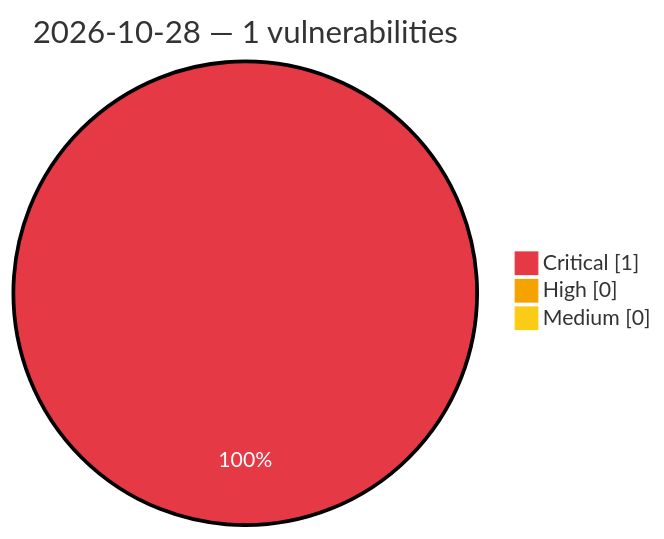
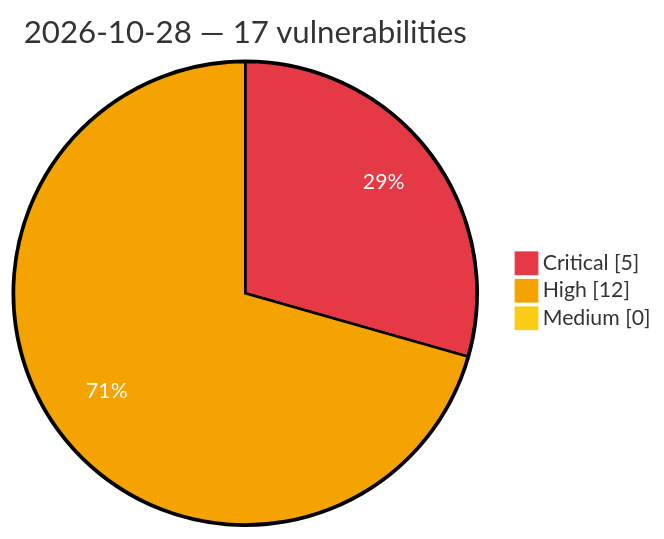
The diagram in vulnerabilities/2026/October/2026-10-28.md (GhostX0X/vuln-tracker), drawn with Mermaid before and after one commit. The commit also changed other lines of this file and 5 other files, not shown here.

Commit message:
Auto update: critical/high vulns (2026-10-28 07:26 UTC)

````diff
--- a/vulnerabilities/2026/October/2026-10-28.md
+++ b/vulnerabilities/2026/October/2026-10-28.md
@@ -3,8 +3,8 @@
 ```mermaid
 %%{init: {'theme':'base', 'themeVariables': {'pie1':'#e63946', 'pie2':'#f4a300', 'pie3':'#facc15', 'pieOpacity':'1', 'pieOuterStrokeWidth':'2px', 'pieSectionTextColor':'#ffffff'}}}%%
 pie showData
-    title 2026-10-28 — 1 vulnerabilities
-    "Critical" : 1
-    "High" : 0
+    title 2026-10-28 — 17 vulnerabilities
+    "Critical" : 5
+    "High" : 12
     "Medium" : 0
 ```
````
